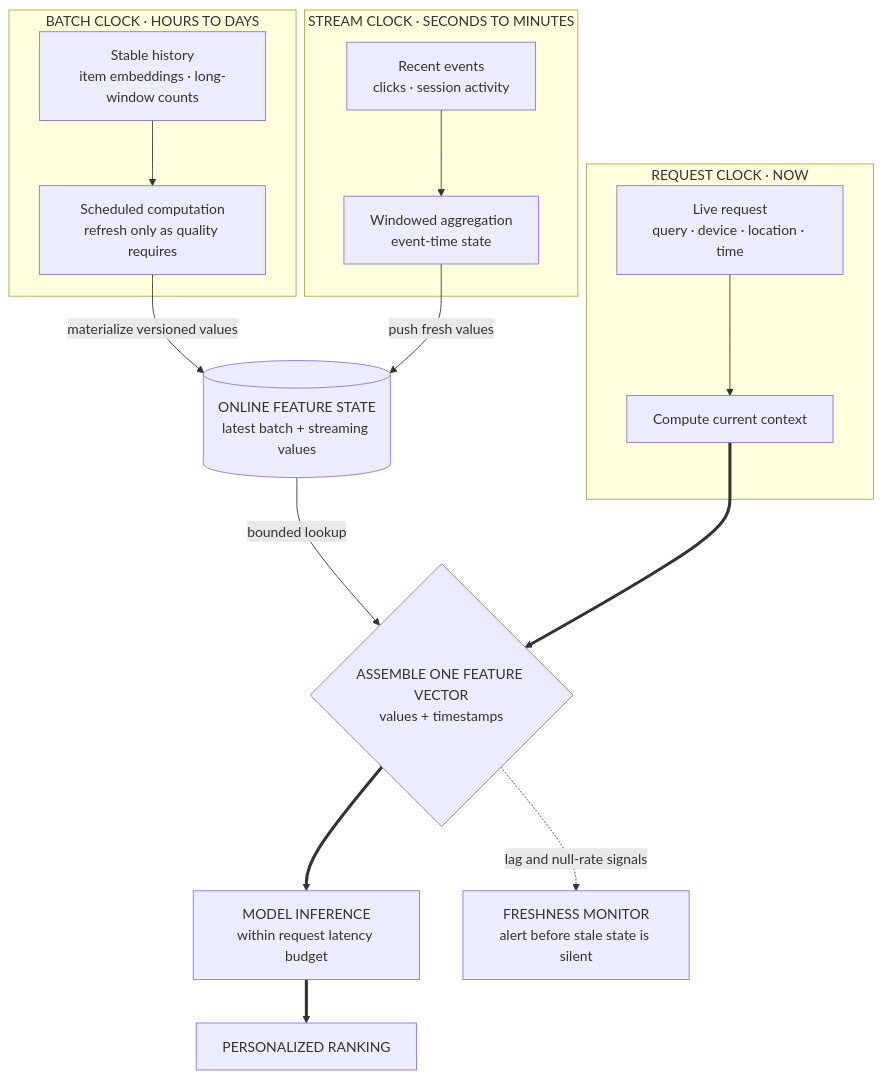
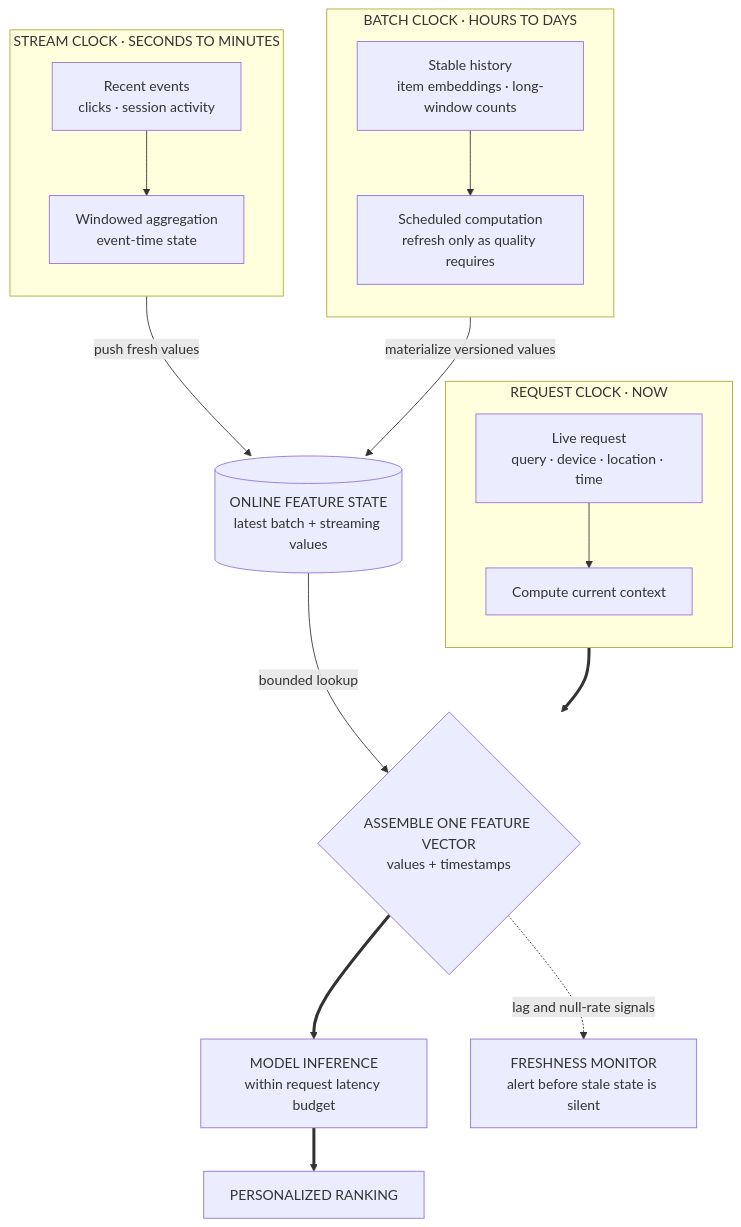
Before and after one commit to mlmentorship/mlmentorship.github.io: the diagram in src/content/posts/2026-04-28-real-time-personalization.md, drawn with Mermaid. The commit also changed 50 other files, not shown here.

````diff
--- a/src/content/posts/2026-04-28-real-time-personalization.md
+++ b/src/content/posts/2026-04-28-real-time-personalization.md
@@ -29,34 +29,37 @@
 ```mermaid
 flowchart TB
 	accTitle: Three feature clocks converge in one real-time personalization request
 	accDescr: A batch clock updates stable user history, item embeddings, and long-window counts every hour or day. A streaming clock aggregates recent clicks, session activity, and short-window counts within seconds or minutes. Both paths materialize reusable values in online feature state before a request arrives. A request clock computes the current query, device, location, and time only when the request arrives. The serving path performs a bounded lookup of stored state, combines it with current context, runs model inference, and returns a personalized ranking within the request latency budget. The assembled vector also reports feature timestamps to freshness monitoring. Real-time therefore describes the response, not a requirement that every feature use the fastest update path.
 
 	subgraph BATCH["BATCH CLOCK · HOURS TO DAYS"]
+		direction TB
 		B["Stable history<br/>item embeddings · long-window counts"] --> BC["Scheduled computation<br/>refresh only as quality requires"]
 	end
 
 	subgraph STREAM["STREAM CLOCK · SECONDS TO MINUTES"]
+		direction TB
 		S["Recent events<br/>clicks · session activity"] --> SC["Windowed aggregation<br/>event-time state"]
 	end
 
 	BC -->|"materialize versioned values"| O[("ONLINE FEATURE STATE<br/>latest batch + streaming values")]
 	SC -->|"push fresh values"| O
 
 	subgraph REQUEST["REQUEST CLOCK · NOW"]
+		direction TB
 		R["Live request<br/>query · device · location · time"] --> RC["Compute current context"]
 	end
 
 	O -->|"bounded lookup"| A{"ASSEMBLE ONE FEATURE VECTOR<br/>values + timestamps"}
 	RC ==> A
 	A ==> I["MODEL INFERENCE<br/>within request latency budget"]
 	I ==> P["PERSONALIZED RANKING"]
 	A -.->|"lag and null-rate signals"| M["FRESHNESS MONITOR<br/>alert before stale state is silent"]
 
 	class B,S,R viz-input
 	class BC,SC,I viz-neutral
 	class O viz-state
 	class A viz-focus
 	class P,M viz-output
 	class B viz-wide
 	class B viz-tall
 ```
````
